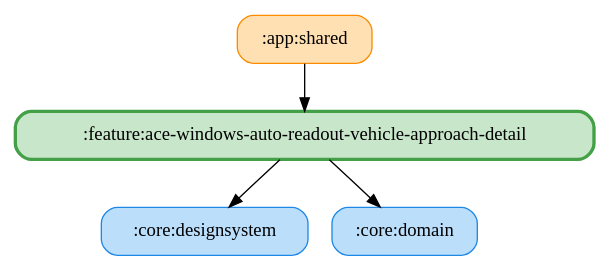
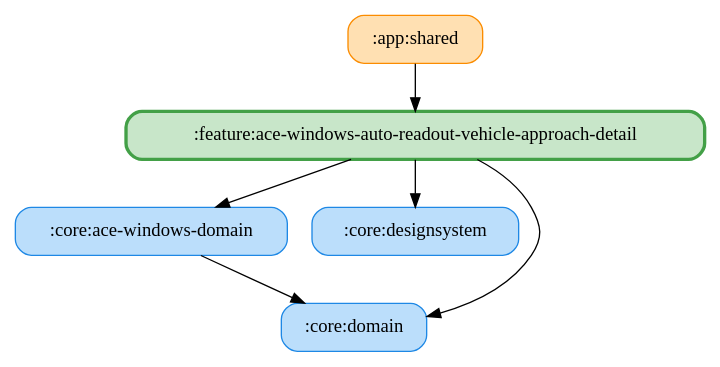
One commit to ai-kurou/KoDriver changed the diagram in docs/graphs/feature-ace-windows-auto-readout-vehicle-approach-detail.gv. Above: the diagram before and after it, drawn with Graphviz. The commit also changed 34 other files, not shown here.

Commit message:
chore: update module graph images

```diff
--- a/docs/graphs/feature-ace-windows-auto-readout-vehicle-approach-detail.gv
+++ b/docs/graphs/feature-ace-windows-auto-readout-vehicle-approach-detail.gv
@@ -1,11 +1,14 @@
 digraph G {
   rankdir=TB
   node [shape=box, style="rounded,filled"]
   ":app:shared" [fillcolor="#FFE0B2", color="#FB8C00", penwidth=1]
+  ":core:ace-windows-domain" [fillcolor="#BBDEFB", color="#1E88E5", penwidth=1]
   ":core:designsystem" [fillcolor="#BBDEFB", color="#1E88E5", penwidth=1]
   ":core:domain" [fillcolor="#BBDEFB", color="#1E88E5", penwidth=1]
   ":feature:ace-windows-auto-readout-vehicle-approach-detail" [fillcolor="#C8E6C9", color="#43A047", penwidth=2.5]
   ":app:shared" -> ":feature:ace-windows-auto-readout-vehicle-approach-detail"
+  ":core:ace-windows-domain" -> ":core:domain"
   ":feature:ace-windows-auto-readout-vehicle-approach-detail" -> ":core:domain"
   ":feature:ace-windows-auto-readout-vehicle-approach-detail" -> ":core:designsystem"
+  ":feature:ace-windows-auto-readout-vehicle-approach-detail" -> ":core:ace-windows-domain"
 }
```
